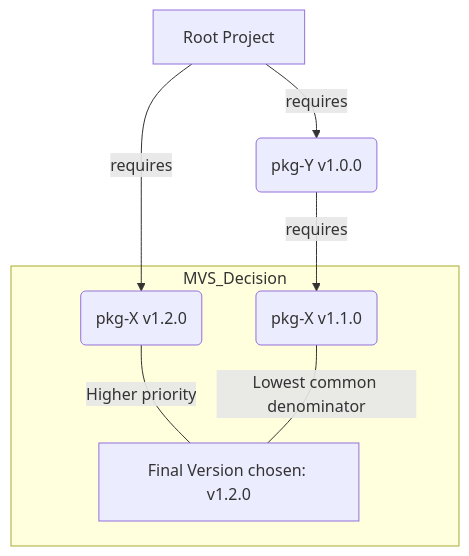
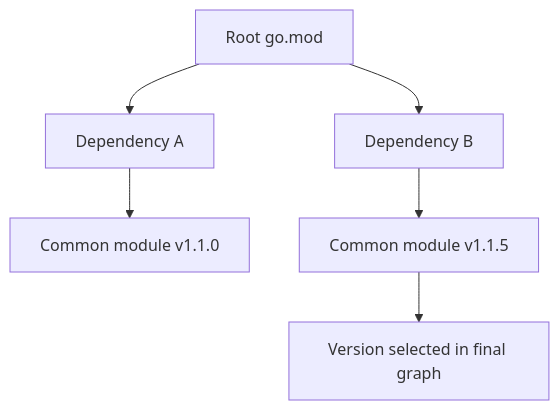
Before and after one commit to syahputrawork98-sketch/Golang-Knowledge-Base: the diagram in RAK-03-evolution/SR-01-module-system/BK-01-module-lifecycle/CH-01-mod-anatomy/README.md, drawn with Mermaid. The commit also changed other lines of this file and 32 other files, not shown here.

````diff
--- a/RAK-03-evolution/SR-01-module-system/BK-01-module-lifecycle/CH-01-mod-anatomy/README.md
+++ b/RAK-03-evolution/SR-01-module-system/BK-01-module-lifecycle/CH-01-mod-anatomy/README.md
@@ -36,15 +35,8 @@
 ```mermaid
 graph TD
-    A[Root Project] -->|requires| B(pkg-X v1.2.0)
-    A -->|requires| C(pkg-Y v1.0.0)
-    C -->|requires| B2(pkg-X v1.1.0)
-    
-    subgraph MVS_Decision
-    B
-    B2
-    Final[Final Version chosen: v1.2.0]
-    end
-    
-    B ---|Higher priority| Final
-    B2 ---|Lowest common denominator| Final
+    Root[Root go.mod] --> A[Dependency A]
+    Root --> B[Dependency B]
+    A --> C[Common module v1.1.0]
+    B --> D[Common module v1.1.5]
+    D --> Final[Version selected in final graph]
 ```
````
